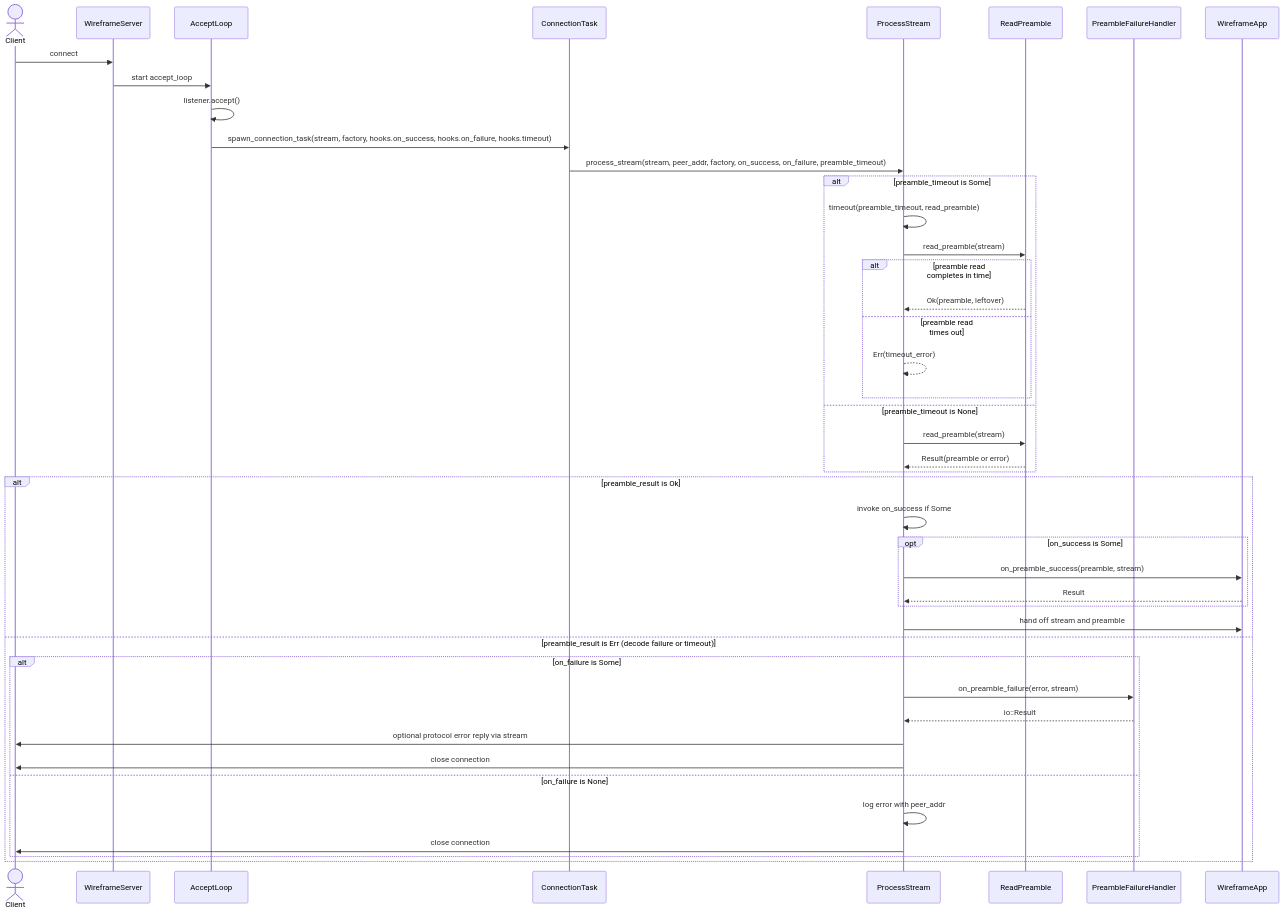
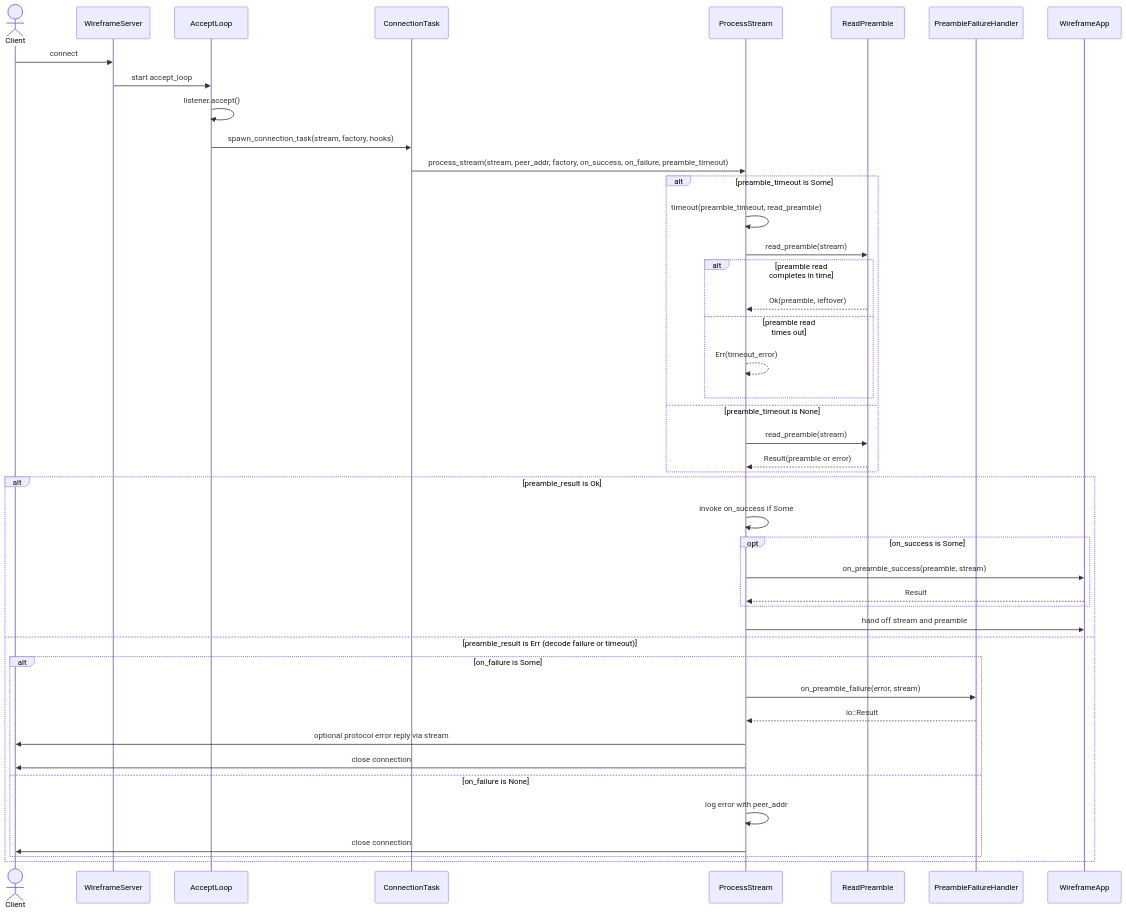
The second of 2 diagrams in docs/preamble-validator.md (leynos/wireframe), drawn with Mermaid before and after one commit. The commit also changed 2 other files, not shown here.

Commit message:
refactor(server): consolidate preamble hooks into a single struct parameter
Changed spawn_connection_task and related calls to accept a single PreambleHooks struct instead of separate on_success, on_failure, and preamble_timeout parameters. This reduces parameter bloat and simplifies passing preamble-related handlers and timeout settings together. Updated relevant tests and documentation to reflect this change.

````diff
--- a/docs/preamble-validator.md
+++ b/docs/preamble-validator.md
@@ -56,50 +56,50 @@
 ```mermaid
 sequenceDiagram
     actor Client
     participant WireframeServer
     participant AcceptLoop
     participant ConnectionTask
     participant ProcessStream
     participant ReadPreamble
     participant PreambleFailureHandler
     participant WireframeApp
 
     Client->>WireframeServer: connect
     WireframeServer->>AcceptLoop: start accept_loop
     AcceptLoop->>AcceptLoop: listener.accept()
-    AcceptLoop->>ConnectionTask: spawn_connection_task(stream, factory, hooks.on_success, hooks.on_failure, hooks.timeout)
+    AcceptLoop->>ConnectionTask: spawn_connection_task(stream, factory, hooks)
 
     ConnectionTask->>ProcessStream: process_stream(stream, peer_addr, factory, on_success, on_failure, preamble_timeout)
 
     alt preamble_timeout is Some
         ProcessStream->>ProcessStream: timeout(preamble_timeout, read_preamble)
         ProcessStream->>ReadPreamble: read_preamble(stream)
         alt preamble read completes in time
             ReadPreamble-->>ProcessStream: Ok(preamble, leftover)
         else preamble read times out
             ProcessStream-->>ProcessStream: Err(timeout_error)
         end
     else preamble_timeout is None
         ProcessStream->>ReadPreamble: read_preamble(stream)
         ReadPreamble-->>ProcessStream: Result(preamble or error)
     end
 
     alt preamble_result is Ok
         ProcessStream->>ProcessStream: invoke on_success if Some
         opt on_success is Some
             ProcessStream->>WireframeApp: on_preamble_success(preamble, stream)
             WireframeApp-->>ProcessStream: Result
         end
         ProcessStream->>WireframeApp: hand off stream and preamble
     else preamble_result is Err (decode failure or timeout)
         alt on_failure is Some
             ProcessStream->>PreambleFailureHandler: on_preamble_failure(error, stream)
             PreambleFailureHandler-->>ProcessStream: io::Result
             ProcessStream->>Client: optional protocol error reply via stream
             ProcessStream->>Client: close connection
         else on_failure is None
             ProcessStream->>ProcessStream: log error with peer_addr
             ProcessStream->>Client: close connection
         end
     end
 ```
````
